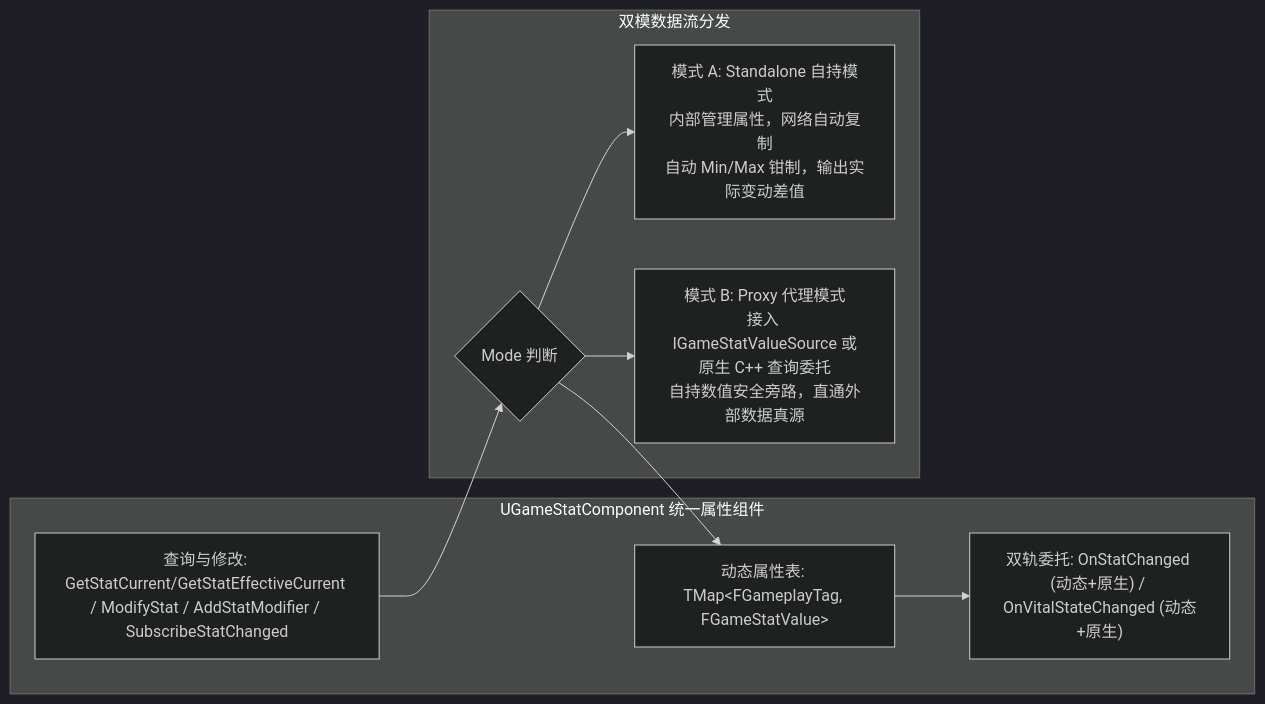
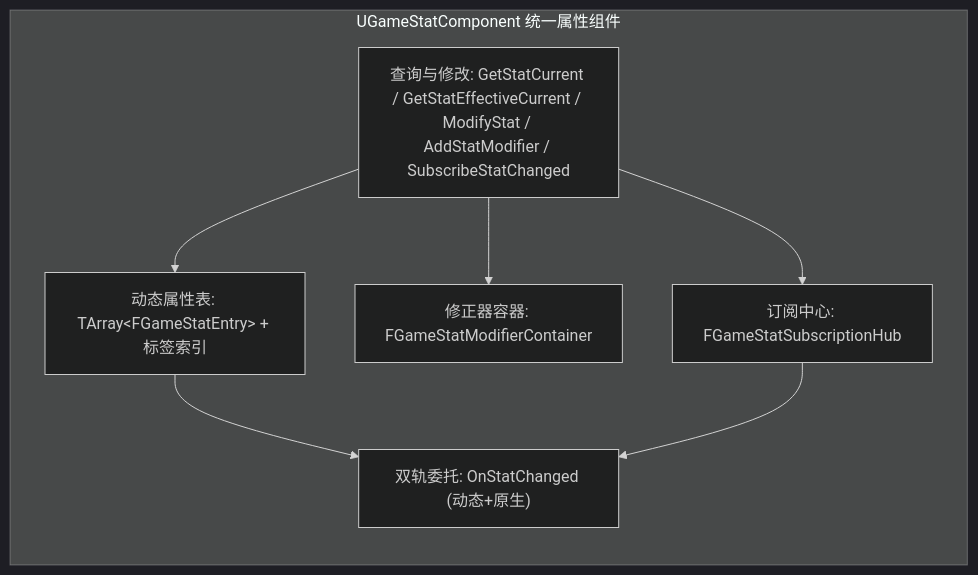
Before and after one commit to YIice-cwj/ue5-toolkit: the second of 2 diagrams in Plugins/GameGameplayCore/Docs/Architecture/Overview.md, drawn with Mermaid (dark theme). The commit also changed other lines of this file and 170 other files, not shown here.

````diff
--- a/Plugins/GameGameplayCore/Docs/Architecture/Overview.md
+++ b/Plugins/GameGameplayCore/Docs/Architecture/Overview.md
@@ -59,20 +59,16 @@
 ```mermaid
 graph LR
     subgraph StatComponent["UGameStatComponent 统一属性组件"]
-        StatsMap["动态属性表: TMap&lt;FGameplayTag, FGameStatValue&gt;"]
-        Delegates["双轨委托: OnStatChanged (动态+原生) / OnVitalStateChanged (动态+原生)"]
-        PublicAPI["查询与修改: GetStatCurrent/GetStatEffectiveCurrent / ModifyStat / AddStatModifier / SubscribeStatChanged"]
+        StatsMap["动态属性表: TArray&lt;FGameStatEntry&gt; + 标签索引"]
+        Modifiers["修正器容器: FGameStatModifierContainer"]
+        Subscription["订阅中心: FGameStatSubscriptionHub"]
+        Delegates["双轨委托: OnStatChanged (动态+原生)"]
+        PublicAPI["查询与修改: GetStatCurrent / GetStatEffectiveCurrent / ModifyStat / AddStatModifier / SubscribeStatChanged"]
     end
 
-    subgraph ModeChoice["双模数据流分发"]
-        Mode{"Mode 判断"}
-        Standalone["模式 A: Standalone 自持模式<br>内部管理属性，网络自动复制<br>自动 Min/Max 钳制，输出实际变动差值"]
-        Proxy["模式 B: Proxy 代理模式<br>接入 IGameStatValueSource 或原生 C++ 查询委托<br>自持数值安全旁路，直通外部数据真源"]
-    end
-
-    PublicAPI --> Mode
-    Mode --> Standalone
-    Mode --> Proxy
-    Mode --> StatsMap
+    PublicAPI --> StatsMap
+    PublicAPI --> Modifiers
+    PublicAPI --> Subscription
     StatsMap --> Delegates
+    Subscription --> Delegates
 ```
````
